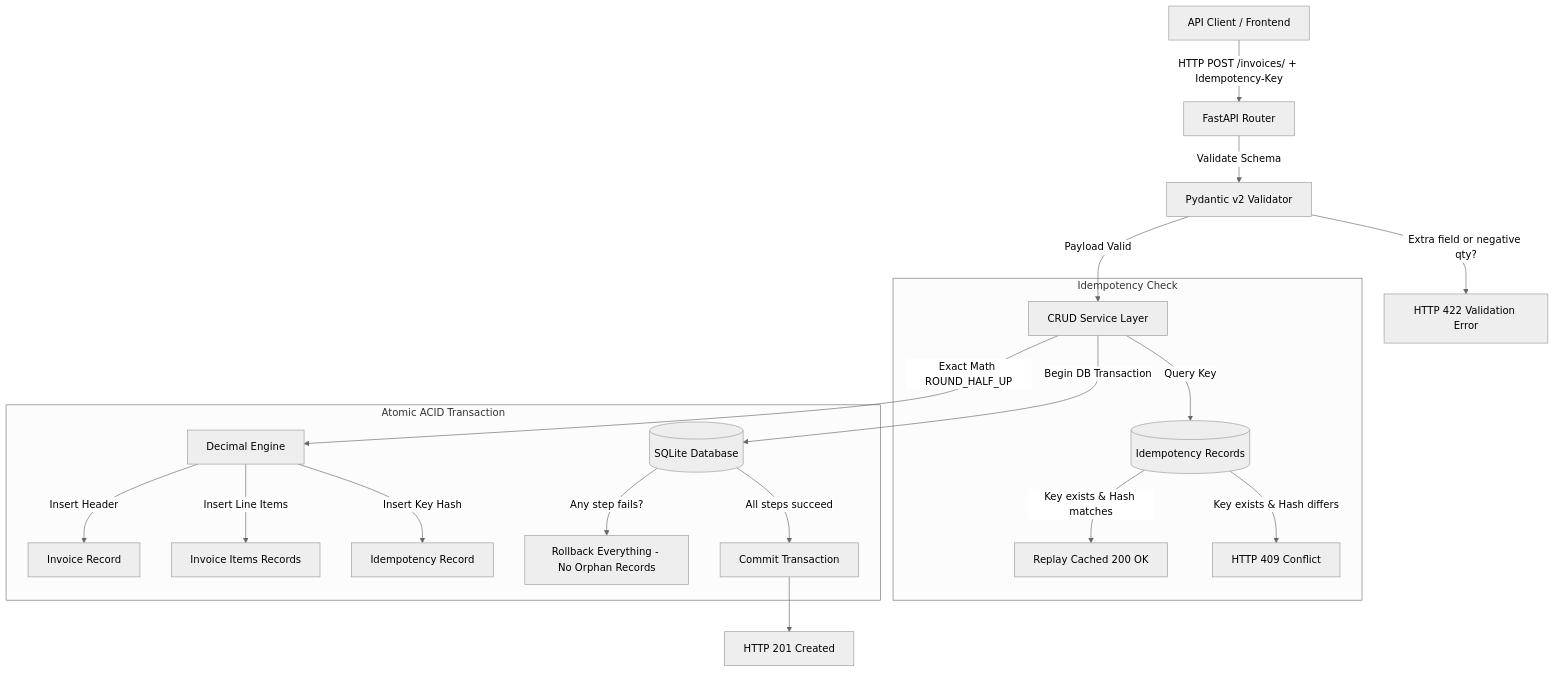
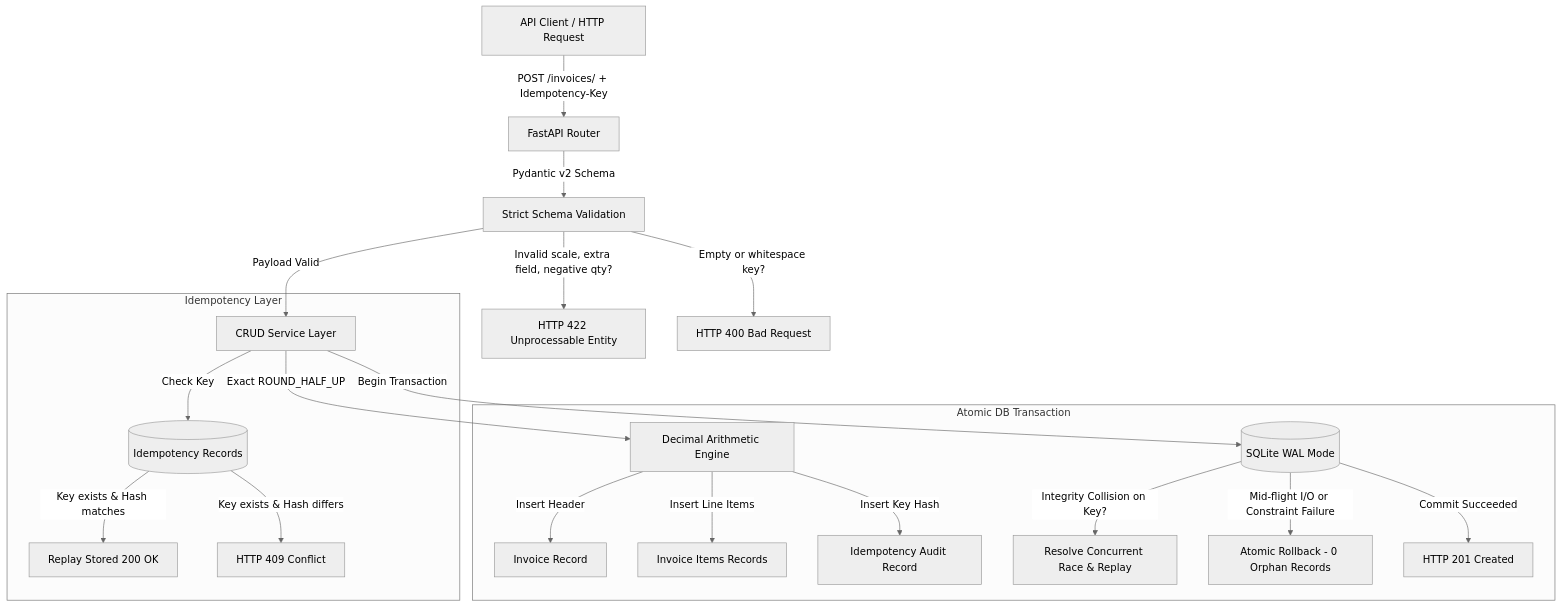
Before and after one commit to udaykarra/invoice-management-api: the diagram in README.md, drawn with Mermaid (neutral theme). The commit also changed other lines of this file and 22 other files, not shown here.

Commit message:
refactor: address review feedback - candidate solution verifier, concurrent idempotency safety, and calibrated documentation

````diff
--- a/README.md
+++ b/README.md
@@ -33,25 +37,25 @@
 ```mermaid
 flowchart TD
-    Client[API Client / Frontend] -->|HTTP POST /invoices/ + Idempotency-Key| Router[FastAPI Router]
-    Router -->|Validate Schema| Pydantic[Pydantic v2 Validator]
-    Pydantic -->|Extra field or negative qty?| Reject422[HTTP 422 Validation Error]
-    Pydantic -->|Payload Valid| CRUD[CRUD Service Layer]
+    Client[API Client / HTTP Request] -->|POST /invoices/ + Idempotency-Key| Router[FastAPI Router]
+    Router -->|Pydantic v2 Schema| Validator[Strict Schema Validation]
+    Validator -->|Invalid scale, extra field, negative qty?| Reject422[HTTP 422 Unprocessable Entity]
+    Validator -->|Empty or whitespace key?| Reject400[HTTP 400 Bad Request]
+    Validator -->|Payload Valid| Service[CRUD Service Layer]
     
-    subgraph Idempotency Check
-        CRUD -->|Query Key| IdemTable[(Idempotency Records)]
-        IdemTable -->|Key exists & Hash matches| ReturnCached[Replay Cached 200 OK]
+    subgraph Idempotency Layer
+        Service -->|Check Key| IdemTable[(Idempotency Records)]
+        IdemTable -->|Key exists & Hash matches| Replay[Replay Stored 200 OK]
         IdemTable -->|Key exists & Hash differs| Conflict409[HTTP 409 Conflict]
     end
 
-    subgraph Atomic ACID Transaction
-        CRUD -->|Begin DB Transaction| DB[(SQLite Database)]
-        CRUD -->|Exact Math ROUND_HALF_UP| Calc[Decimal Engine]
-        Calc -->|Insert Header| InvRow[Invoice Record]
-        Calc -->|Insert Line Items| ItemRows[Invoice Items Records]
-        Calc -->|Insert Key Hash| IdemInsert[Idempotency Record]
-        DB -->|Any step fails?| Rollback[Rollback Everything - No Orphan Records]
-        DB -->|All steps succeed| Commit[Commit Transaction]
+    subgraph Atomic DB Transaction
+        Service -->|Begin Transaction| DB[(SQLite WAL Mode)]
+        Service -->|Exact ROUND_HALF_UP| Engine[Decimal Arithmetic Engine]
+        Engine -->|Insert Header| InvRow[Invoice Record]
+        Engine -->|Insert Line Items| ItemRows[Invoice Items Records]
+        Engine -->|Insert Key Hash| IdemInsert[Idempotency Audit Record]
+        DB -->|Integrity Collision on Key?| HandleRace[Resolve Concurrent Race & Replay]
+        DB -->|Mid-flight I/O or Constraint Failure| Rollback[Atomic Rollback - 0 Orphan Records]
+        DB -->|Commit Succeeded| Return201[HTTP 201 Created]
     end
-
-    Commit --> ReturnCreated[HTTP 201 Created]
 ```
````
